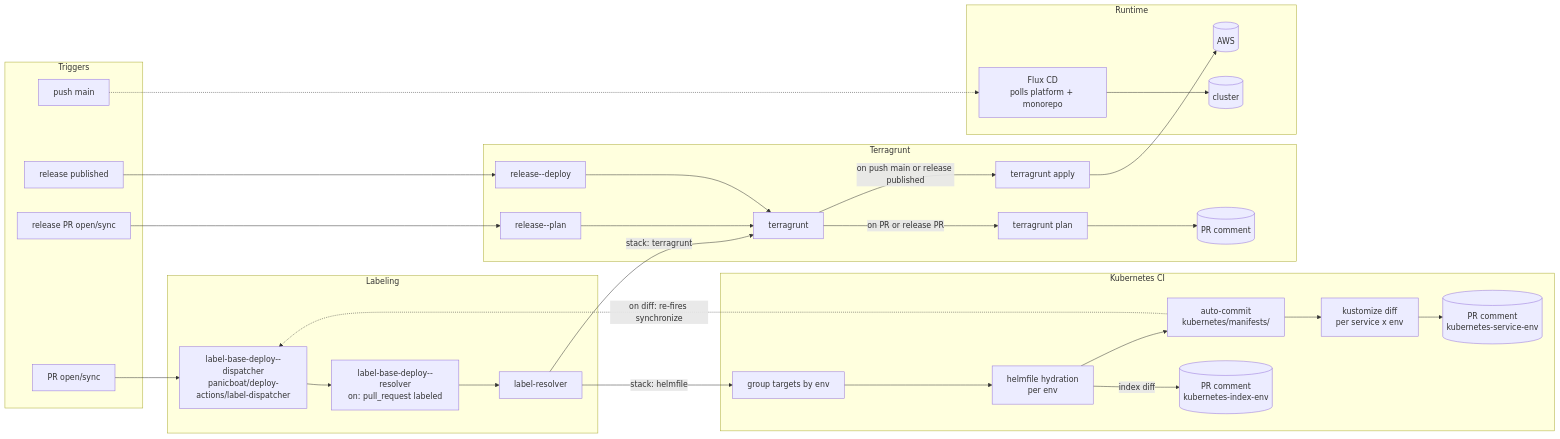
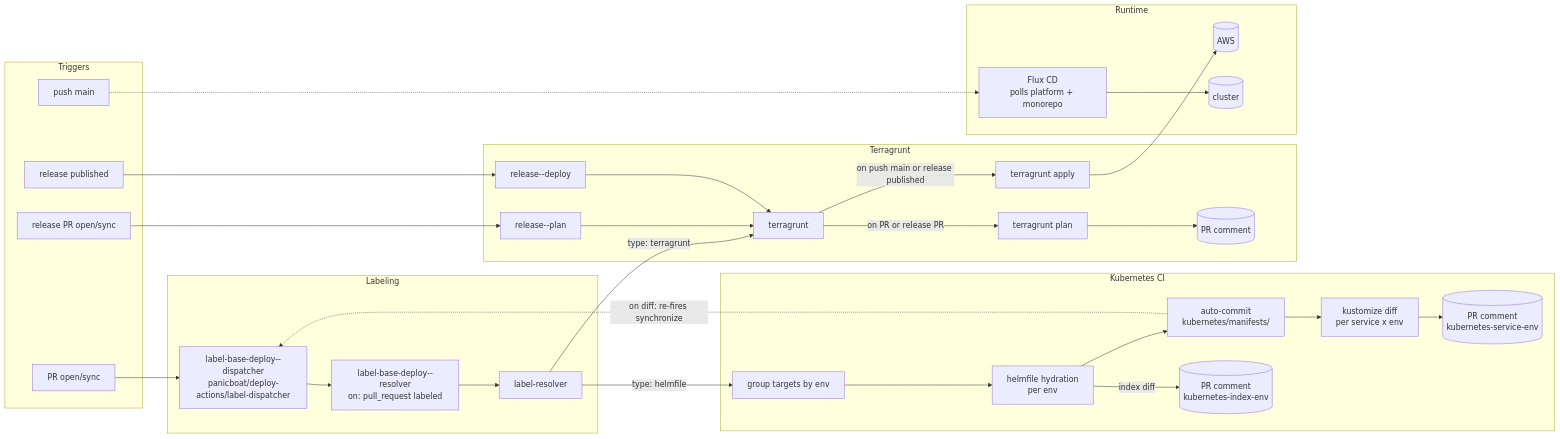
Before and after one commit to panicboat/platform: the diagram in README-ja.md, drawn with Mermaid. The commit also changed other lines of this file and 1 other file, not shown here.

````diff
--- a/README-ja.md
+++ b/README-ja.md
@@ -86,61 +87,61 @@
 ```mermaid
 flowchart LR
   subgraph Triggers
     PRevent[PR open/sync]
     ReleasePR[release PR open/sync]
     Mainpush[push main]
     Release[release published]
   end
 
   subgraph Labeling
     Dispatcher[label-base-deploy--dispatcher<br/>panicboat/deploy-actions/label-dispatcher]
     Trigger[label-base-deploy--resolver<br/>on: pull_request labeled]
     Resolver[label-resolver]
   end
 
   subgraph KubernetesCI [Kubernetes CI]
     Group[group targets by env]
     Hydrator[helmfile hydration<br/>per env]
     Commit[auto-commit<br/>kubernetes/manifests/]
     Builder[kustomize diff<br/>per service x env]
     IndexComment[(PR comment<br/>kubernetes-index-env)]
     CompComment[(PR comment<br/>kubernetes-service-env)]
   end
 
   subgraph Terragrunt
     PlanTrigger[release--plan]
     ReleaseTrigger[release--deploy]
     TG[terragrunt]
     Plan[terragrunt plan]
     Apply[terragrunt apply]
     PRComment[(PR comment)]
   end
 
   subgraph Runtime
     AWS[(AWS)]
     FluxCD[Flux CD<br/>polls platform + monorepo]
     Cluster[(cluster)]
   end
 
   PRevent --> Dispatcher
   Dispatcher --> Trigger
   Trigger --> Resolver
-  Resolver -->|stack: terragrunt| TG
+  Resolver -->|type: terragrunt| TG
   ReleasePR --> PlanTrigger
   PlanTrigger --> TG
   Release --> ReleaseTrigger
   ReleaseTrigger --> TG
   TG -->|on PR or release PR| Plan
   TG -->|on push main or release published| Apply
   Plan --> PRComment
   Apply --> AWS
-  Resolver -->|stack: helmfile| Group
+  Resolver -->|type: helmfile| Group
   Group --> Hydrator
   Hydrator --> Commit
   Hydrator -->|index diff| IndexComment
   Commit --> Builder
   Builder --> CompComment
   Mainpush -.-> FluxCD
   FluxCD --> Cluster
   Commit -.->|on diff: re-fires synchronize| Dispatcher
 ```
````
